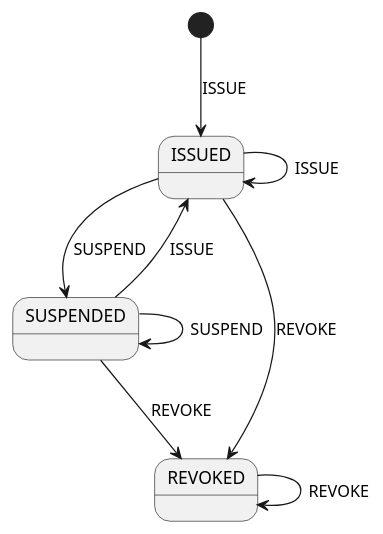
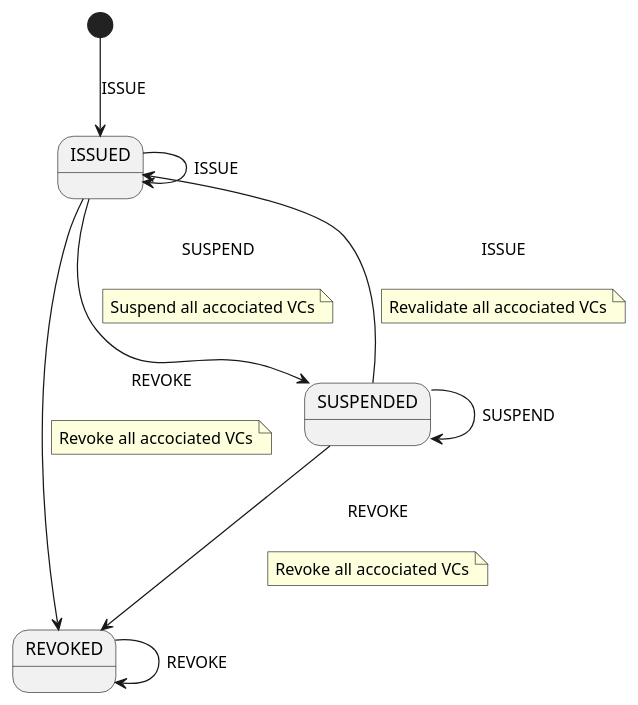
One commit to swiyu-admin-ch/swiyu-issuer changed the diagram in issuer-service/src/main/resources/plantuml/credentialManagementStateMachine.puml. Above: the diagram before and after it, drawn with PlantUML. The commit also changed 10 other files, not shown here.

```diff
--- a/issuer-service/src/main/resources/plantuml/credentialManagementStateMachine.puml
+++ b/issuer-service/src/main/resources/plantuml/credentialManagementStateMachine.puml
@@ -1,13 +1,29 @@
 @startuml
 state ISSUED
+state REVOKED
 state SUSPENDED
-state REVOKED
 [*] --> ISSUED : ISSUE
-ISSUED --> SUSPENDED : SUSPEND
+ISSUED --> SUSPENDED : SUSPEND\n
+note on link
+Suspend all accociated VCs
+end note
+
 ISSUED --> ISSUED : ISSUE
-SUSPENDED --> ISSUED : ISSUE
-ISSUED --> REVOKED : REVOKE
-SUSPENDED --> REVOKED : REVOKE
+SUSPENDED --> ISSUED : ISSUE\n
+note on link
+Revalidate all accociated VCs
+end note
+
+ISSUED --> REVOKED : REVOKE\n
+note on link
+Revoke all accociated VCs
+end note
+
+SUSPENDED --> REVOKED : REVOKE\n
+note on link
+Revoke all accociated VCs
+end note
+
 REVOKED --> REVOKED : REVOKE
 SUSPENDED --> SUSPENDED : SUSPEND
 @enduml
```
